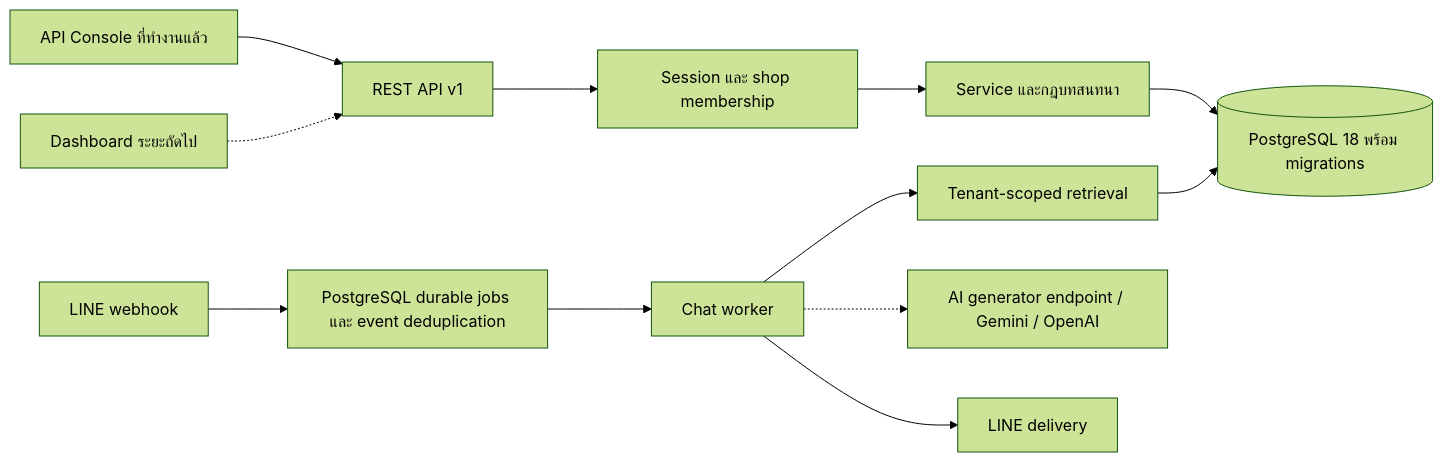
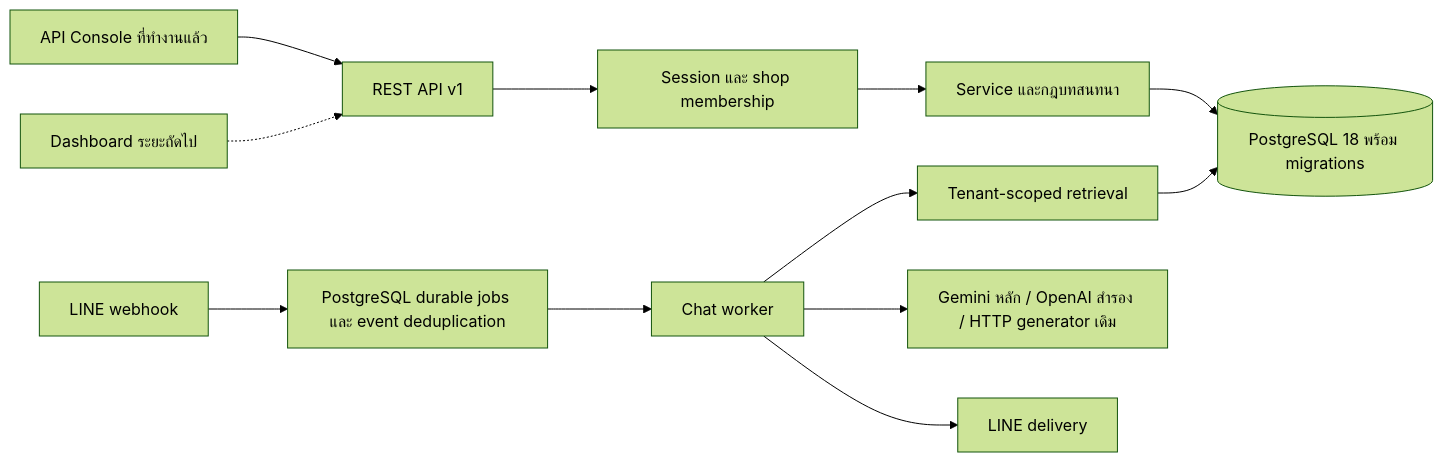
Before and after one commit to Pangkeek/Ai_Chatbot_SMBS2: the diagram in docs/architecture.md, drawn with Mermaid (forest theme). The commit also changed other lines of this file and 14 other files, not shown here.

````diff
--- a/docs/architecture.md
+++ b/docs/architecture.md
@@ -7,14 +7,14 @@
 ```mermaid
 flowchart LR
     Console[API Console ที่ทำงานแล้ว] --> API[REST API v1]
     Dashboard[Dashboard ระยะถัดไป] -.-> API
     API --> Auth[Session และ shop membership]
     Auth --> Service[Service และกฎบทสนทนา]
     Service --> DB[(PostgreSQL 18 พร้อม migrations)]
     LINE[LINE webhook] --> Queue[PostgreSQL durable jobs และ event deduplication]
     Queue --> Worker[Chat worker]
     Worker --> KB[Tenant-scoped retrieval]
     KB --> DB
-    Worker -.-> Gateway[AI generator endpoint / Gemini / OpenAI]
+    Worker --> Gateway[Gemini หลัก / OpenAI สำรอง / HTTP generator เดิม]
     Worker --> Delivery[LINE delivery]
 ```
````
